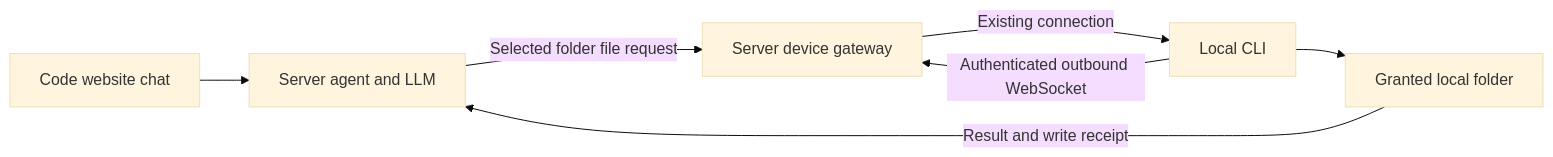
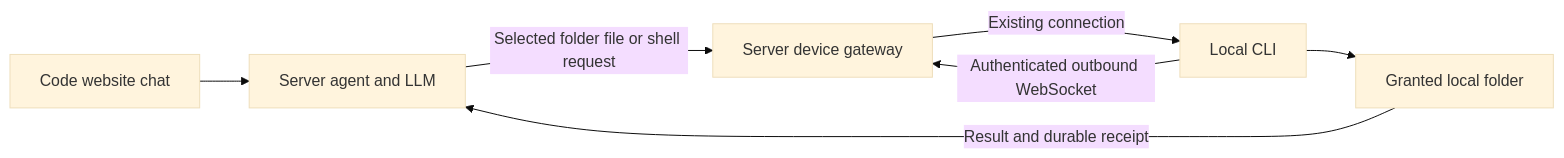
One commit to manishiitg/agentworks changed the second of 2 diagrams in docs/core/remote_workspace_server_plan.md. Above: the diagram before and after it, drawn with Mermaid (base theme). The commit also changed other lines of this file and 24 other files, not shown here.

````diff
--- a/docs/core/remote_workspace_server_plan.md
+++ b/docs/core/remote_workspace_server_plan.md
@@ -207,9 +207,9 @@
 ```mermaid
 flowchart LR
     U[Code website chat] --> A[Server agent and LLM]
     L[Local CLI] -->|Authenticated outbound WebSocket| G[Server device gateway]
-    A -->|Selected folder file request| G
+    A -->|Selected folder file or shell request| G
     G -->|Existing connection| L
     L --> F[Granted local folder]
-    F -->|Result and write receipt| A
+    F -->|Result and durable receipt| A
 ```
````
